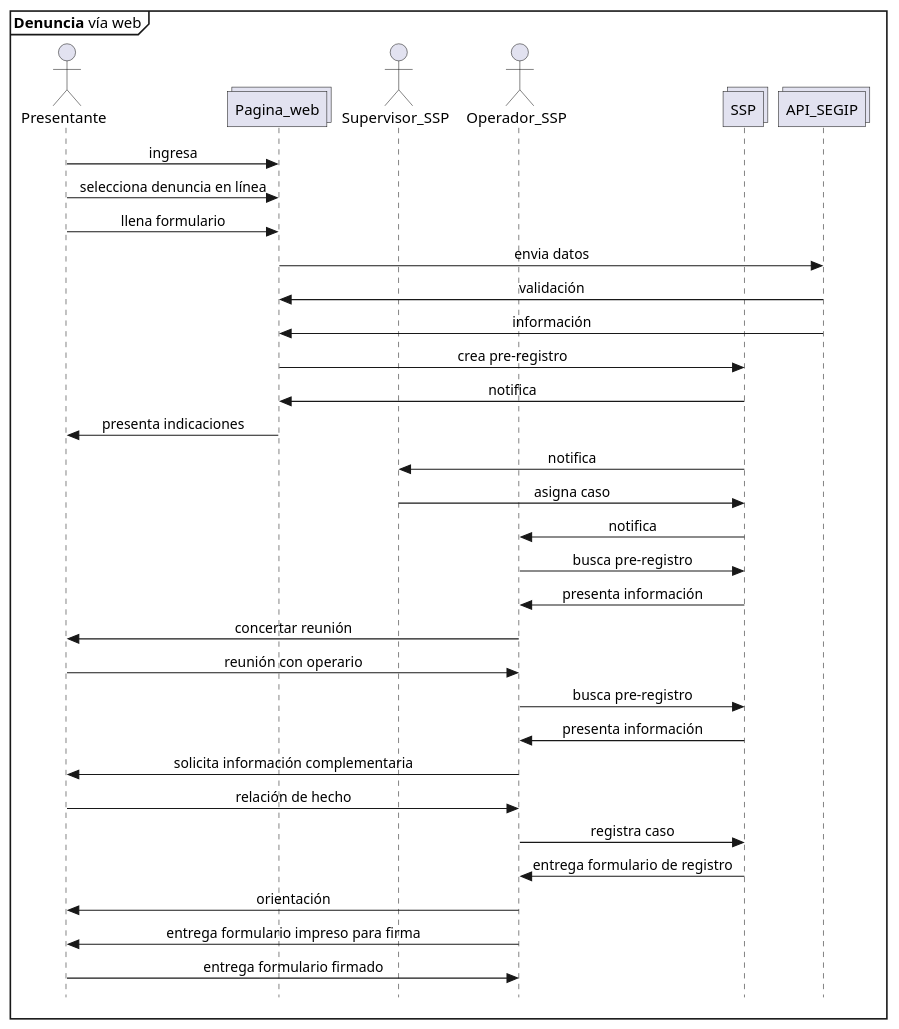
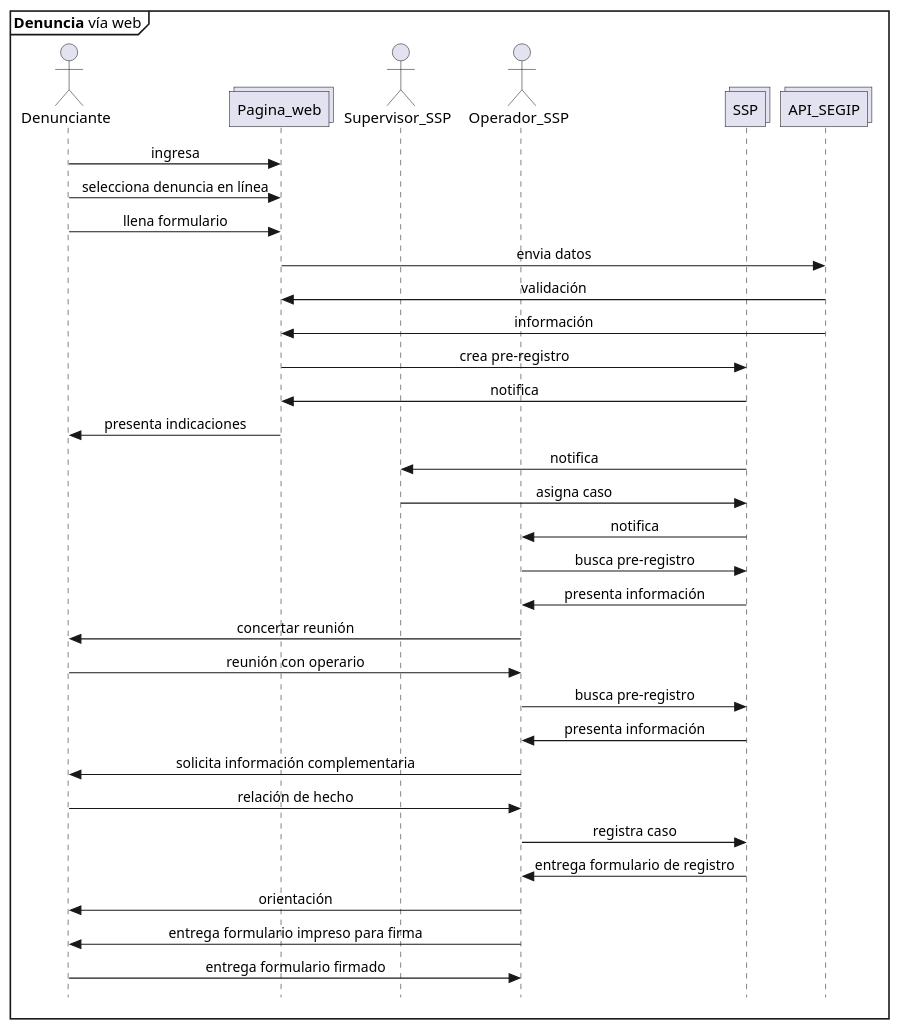
One commit to n1m0d0/defdiag changed the diagram in propuesta SSP/01 pre registro via web.plantuml. Above: the diagram before and after it, drawn with PlantUML. The commit also changed 15 other files, not shown here.

```diff
--- a/propuesta SSP/01 pre registro via web.plantuml
+++ b/propuesta SSP/01 pre registro via web.plantuml
@@ -1,40 +1,40 @@
 @startuml Denuncia_web
 skinparam Style strictuml
 skinparam SequenceMessageAlignment center
 
 mainframe **Denuncia** vía web
 
-actor Presentante as pre
+actor Denunciante as pre
 collections Pagina_web as web
 actor Supervisor_SSP as supssp
 actor Operador_SSP as opssp
 collections SSP 
 collections API_SEGIP as segip
 
 pre -> web : ingresa
 pre -> web : selecciona denuncia en línea
 pre -> web : llena formulario
 web -> segip : envia datos
 segip -> web : validación 
 segip -> web: información
 web->SSP : crea pre-registro
 SSP->web : notifica
 web->pre : presenta indicaciones
 SSP->supssp : notifica
 supssp-> SSP : asigna caso
 SSP->opssp : notifica
 opssp->SSP : busca pre-registro
 SSP->opssp : presenta información
 opssp->pre : concertar reunión
 pre->opssp: reunión con operario
 opssp->SSP : busca pre-registro
 SSP->opssp : presenta información
 opssp -> pre : solicita información complementaria
 pre->opssp : relación de hecho
 opssp->SSP : registra caso
 SSP->opssp : entrega formulario de registro
 opssp->pre : orientación
 opssp->pre : entrega formulario impreso para firma
 pre->opssp : entrega formulario firmado
 
 @enduml
```
